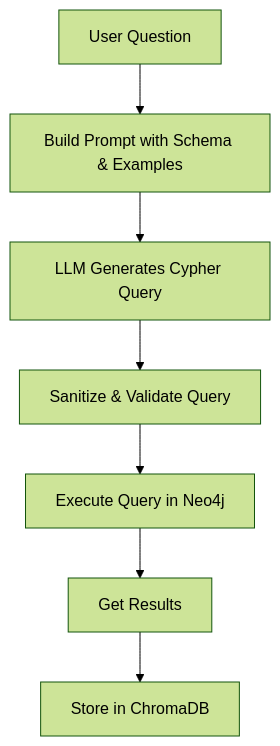
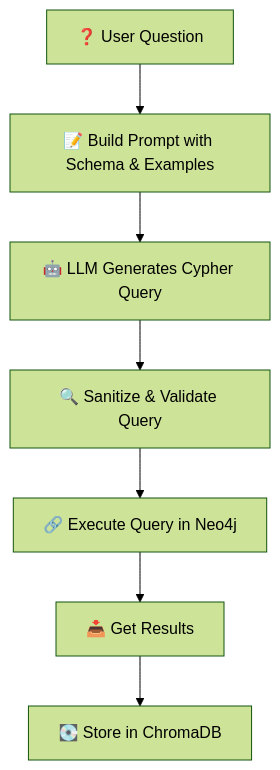
The first of 2 diagrams in _drafts/graphrag-theory-and-practice.md (vtrnnhlinh/vtrnnhlinh.github.io), drawn with Mermaid (forest theme) before and after one commit. The commit also changed other lines of this file, not shown here.

````diff
--- a/_drafts/graphrag-theory-and-practice.md
+++ b/_drafts/graphrag-theory-and-practice.md
@@ -50,9 +50,9 @@
 ```mermaid
 graph TD
-    A[User Question] --> B[Build Prompt with Schema & Examples]
-    B --> C[LLM Generates Cypher Query]
-    C --> D[Sanitize & Validate Query]
-    D --> E[Execute Query in Neo4j]
-    E --> F[Get Results]
-    F --> G[Store in ChromaDB]
+    A[❓ User Question] --> B[📝 Build Prompt with Schema & Examples]
+    B --> C[🤖 LLM Generates Cypher Query]
+    C --> D[🔍 Sanitize & Validate Query]
+    D --> E[🔗 Execute Query in Neo4j]
+    E --> F[📥 Get Results]
+    F --> G[💽 Store in ChromaDB]
 ```
````
